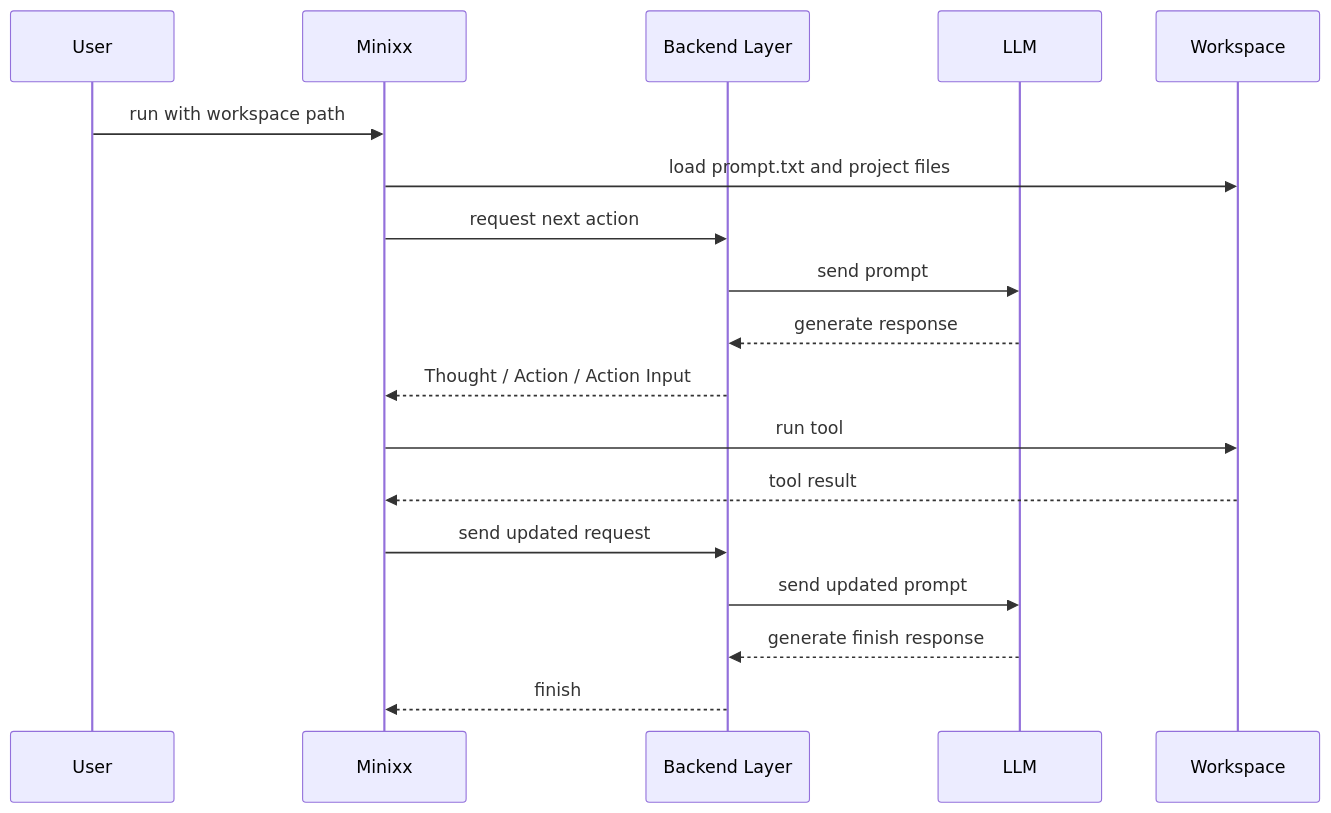
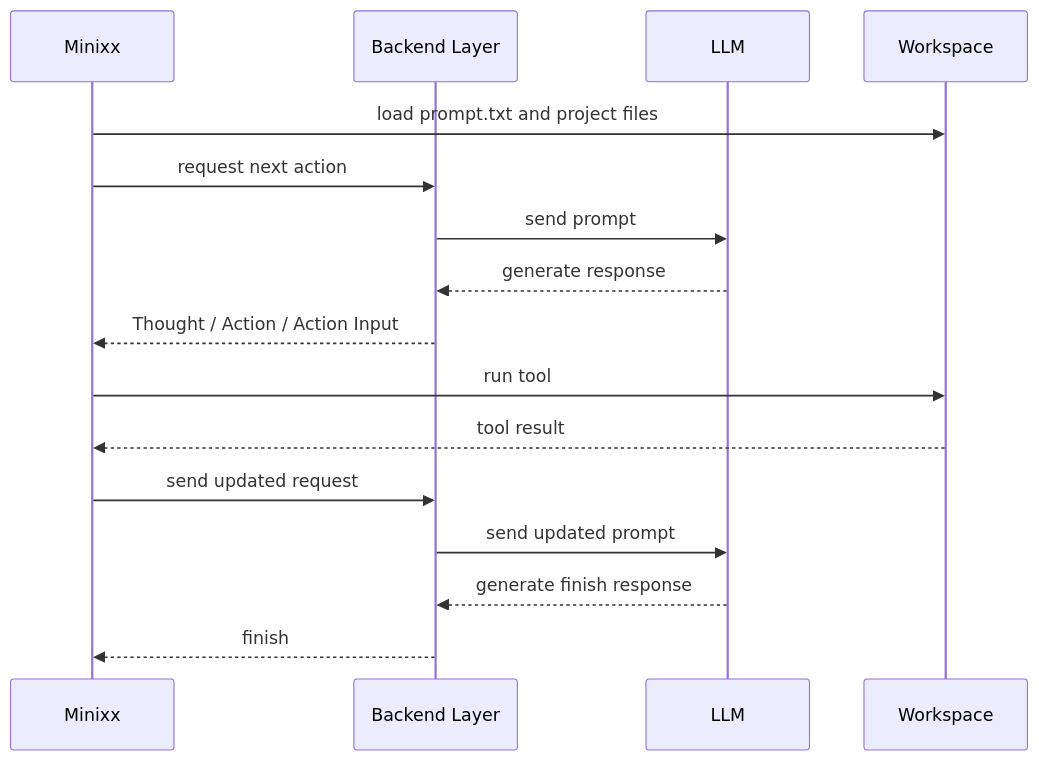
Before and after one commit to mtov/minixx: the second of 3 diagrams in README.md, drawn with Mermaid.

Commit message:
docs: refine README structure and sequence diagram

````diff
--- a/README.md
+++ b/README.md
@@ -78,21 +78,19 @@
 ```mermaid
 sequenceDiagram
-    participant User
     participant Minixx
     participant BackendLayer as Backend Layer
     participant LLM
     participant Workspace
 
-    User->>Minixx: run with workspace path
     Minixx->>Workspace: load prompt.txt and project files
     Minixx->>BackendLayer: request next action
     BackendLayer->>LLM: send prompt
     LLM-->>BackendLayer: generate response
     BackendLayer-->>Minixx: Thought / Action / Action Input
     Minixx->>Workspace: run tool
     Workspace-->>Minixx: tool result
     Minixx->>BackendLayer: send updated request
     BackendLayer->>LLM: send updated prompt
     LLM-->>BackendLayer: generate finish response
     BackendLayer-->>Minixx: finish
 ```
````
